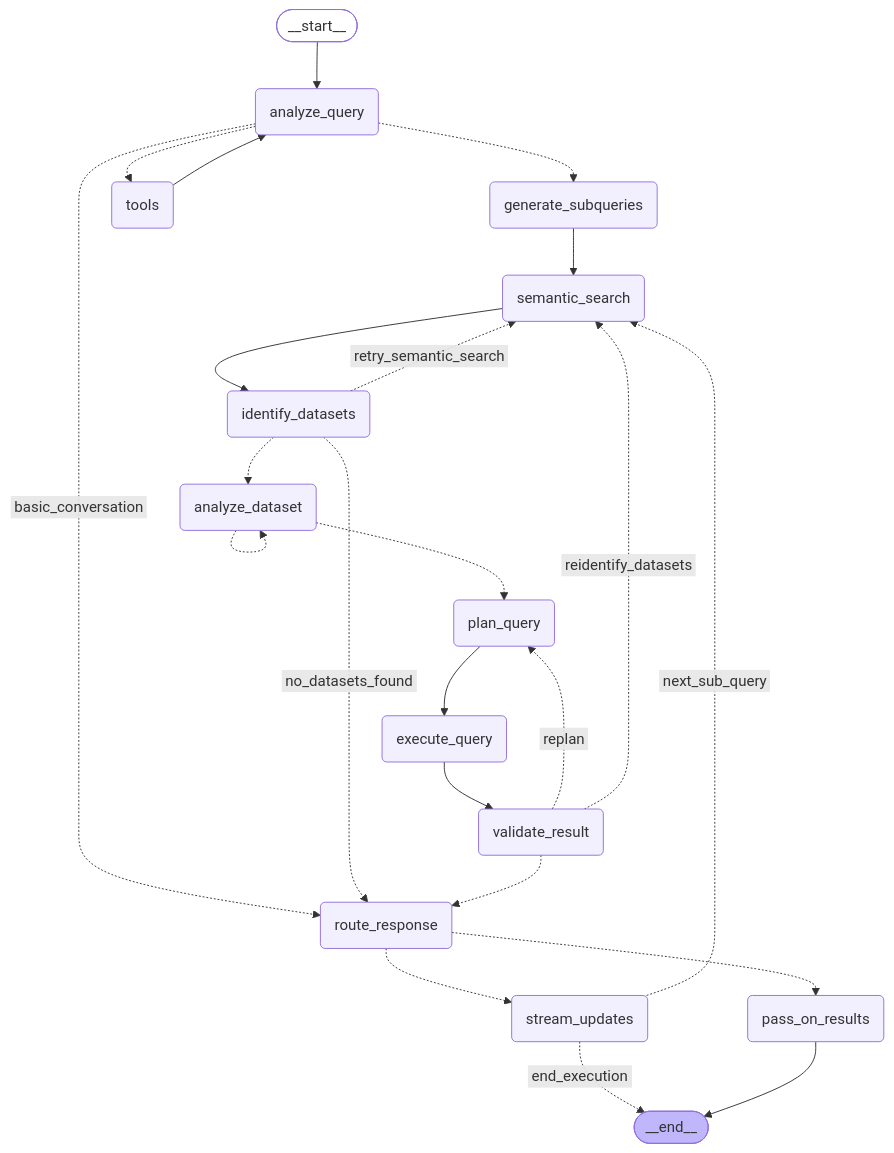
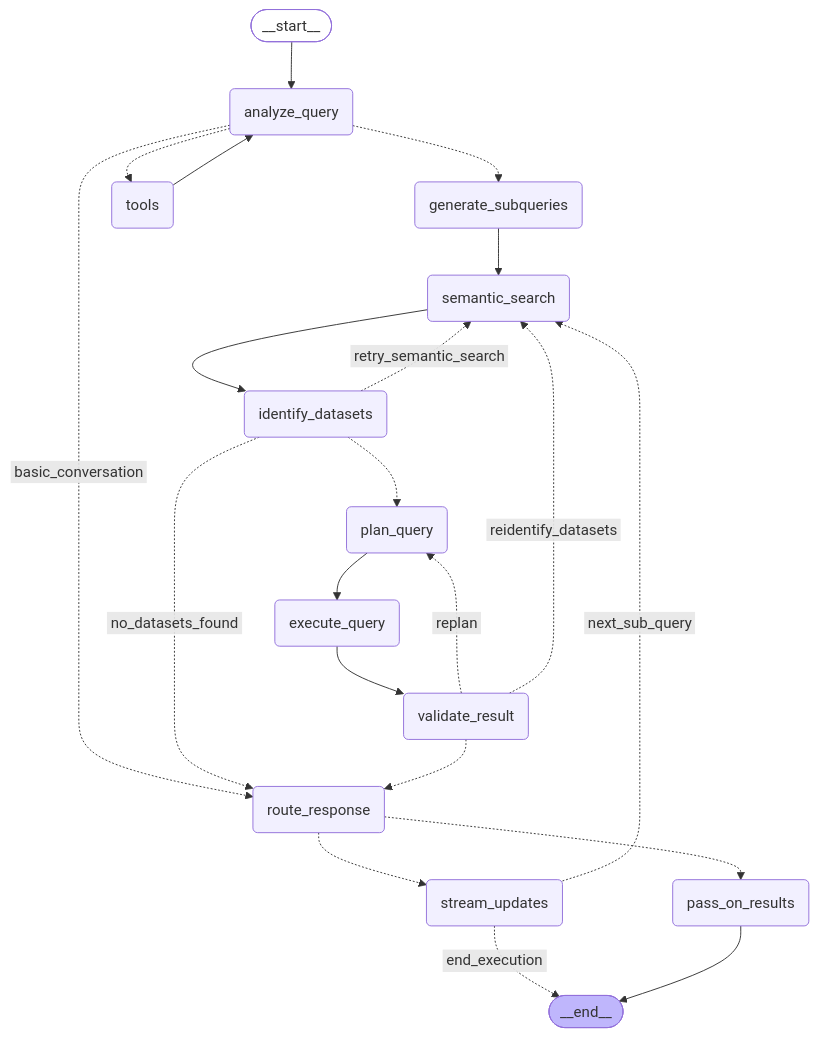
Before and after one commit to factly/gopie: the diagram in chat-server/app/workflow/graph/graph_mermaid/multi_dataset_graph.mmd, drawn with Mermaid. The commit also changed 153 other files, not shown here.

```diff
--- a/chat-server/app/workflow/graph/graph_mermaid/multi_dataset_graph.mmd
+++ b/chat-server/app/workflow/graph/graph_mermaid/multi_dataset_graph.mmd
@@ -1,45 +1,42 @@
 ---
 config:
   flowchart:
     curve: basis
 ---
 graph TD;
 	__start__([<p>__start__</p>]):::first
 	generate_subqueries(generate_subqueries)
 	semantic_search(semantic_search)
 	identify_datasets(identify_datasets)
 	analyze_query(analyze_query)
 	plan_query(plan_query)
 	execute_query(execute_query)
-	analyze_dataset(analyze_dataset)
 	stream_updates(stream_updates)
 	validate_result(validate_result)
 	tools(tools)
 	route_response(route_response)
 	pass_on_results(pass_on_results)
 	__end__([<p>__end__</p>]):::last
 	__start__ --> analyze_query;
-	analyze_dataset -.-> plan_query;
 	analyze_query -.-> generate_subqueries;
 	analyze_query -. &nbsp;basic_conversation&nbsp; .-> route_response;
 	analyze_query -.-> tools;
 	execute_query --> validate_result;
 	generate_subqueries --> semantic_search;
-	identify_datasets -.-> analyze_dataset;
+	identify_datasets -.-> plan_query;
 	identify_datasets -. &nbsp;no_datasets_found&nbsp; .-> route_response;
 	identify_datasets -. &nbsp;retry_semantic_search&nbsp; .-> semantic_search;
 	plan_query --> execute_query;
 	route_response -.-> pass_on_results;
 	route_response -.-> stream_updates;
 	semantic_search --> identify_datasets;
 	stream_updates -. &nbsp;end_execution&nbsp; .-> __end__;
 	stream_updates -. &nbsp;next_sub_query&nbsp; .-> semantic_search;
 	tools --> analyze_query;
 	validate_result -. &nbsp;replan&nbsp; .-> plan_query;
 	validate_result -.-> route_response;
 	validate_result -. &nbsp;reidentify_datasets&nbsp; .-> semantic_search;
 	pass_on_results --> __end__;
-	analyze_dataset -.-> analyze_dataset;
 	classDef default fill:#f2f0ff,line-height:1.2
 	classDef first fill-opacity:0
 	classDef last fill:#bfb6fc
```
